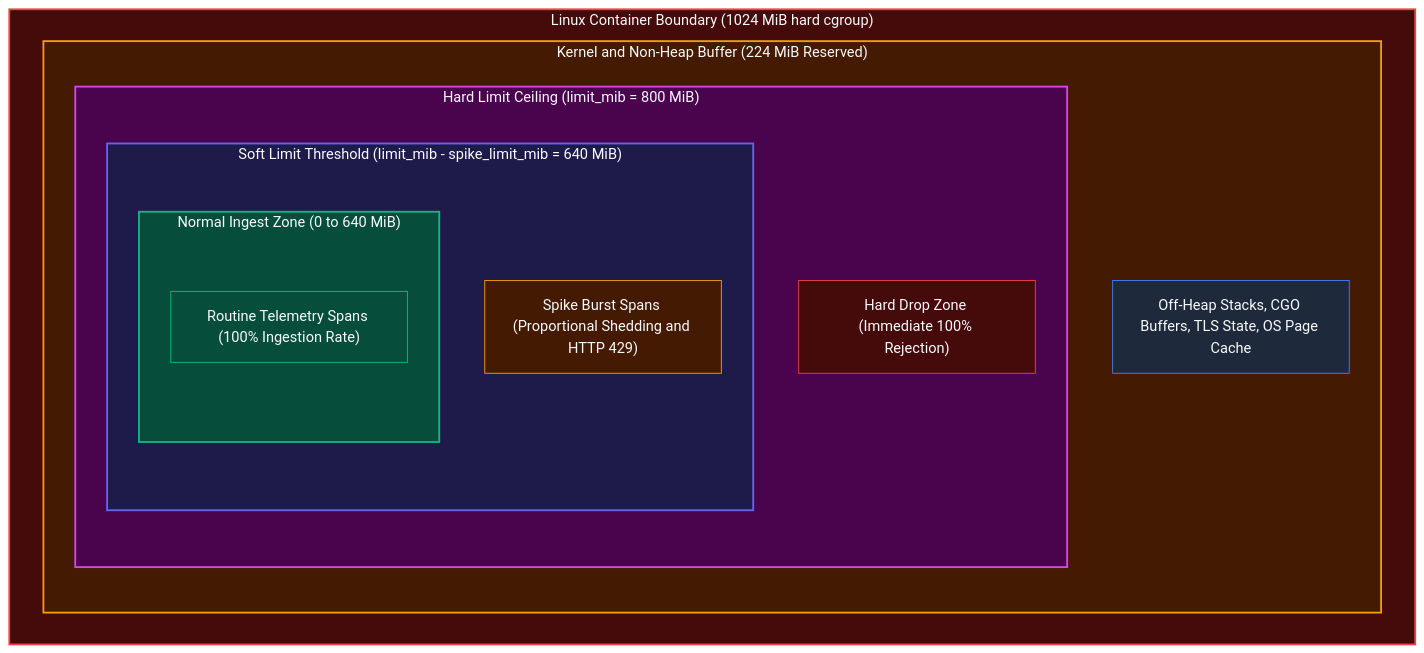
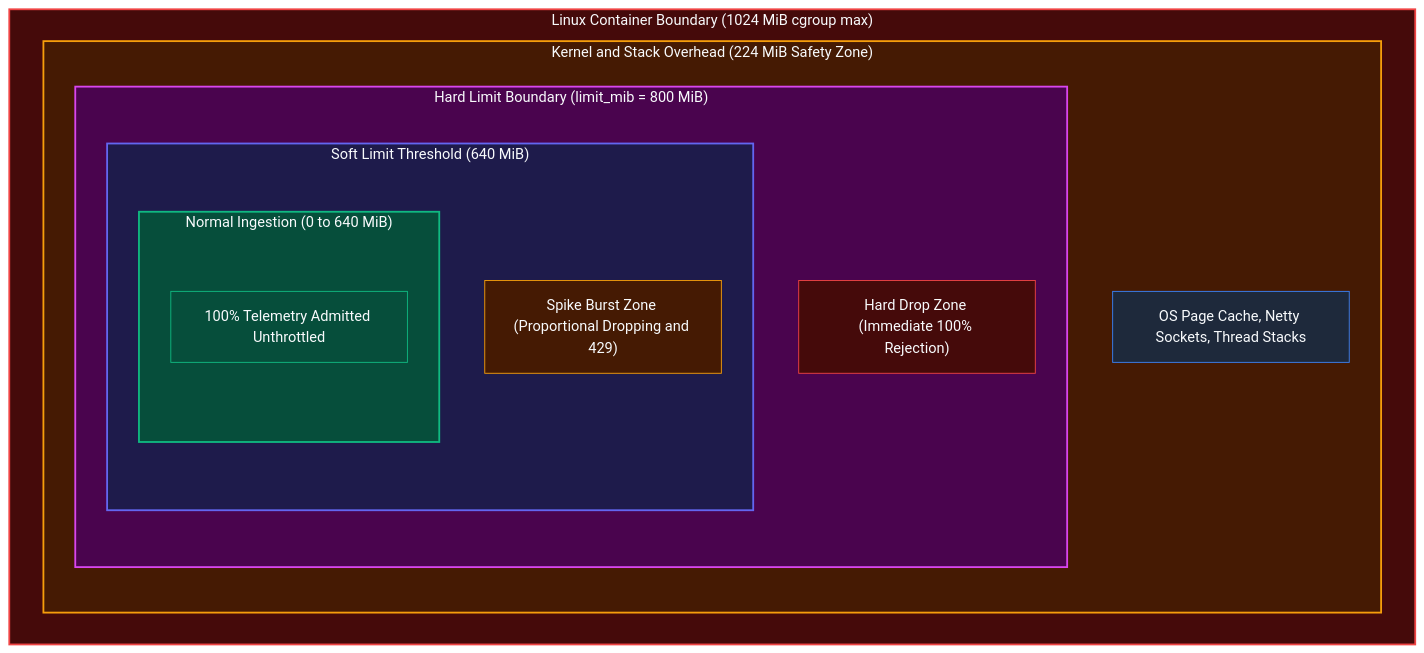
One commit to Chief-Strategist-J/llm-obs-infra changed the fifth of 22 diagrams in docs/configDoc/otel-collector-configuration-guide.md. Above: the diagram before and after it, drawn with Mermaid (forest theme). The commit also changed other lines of this file, not shown here.

````diff
--- a/docs/configDoc/otel-collector-configuration-guide.md
+++ b/docs/configDoc/otel-collector-configuration-guide.md
@@ -587,27 +792,27 @@
 ```mermaid
 graph TD
-    subgraph CGroupCeiling ["Linux Container Boundary (1024 MiB hard cgroup)"]
-        subgraph SafetyMargin ["Kernel and Non-Heap Buffer (224 MiB Reserved)"]
-            subgraph HardLimitZone ["Hard Limit Ceiling (limit_mib = 800 MiB)"]
-                subgraph SoftLimitZone ["Soft Limit Threshold (limit_mib - spike_limit_mib = 640 MiB)"]
-                    subgraph NormalZone ["Normal Ingest Zone (0 to 640 MiB)"]
-                        SpansNormal["Routine Telemetry Spans (100% Ingestion Rate)"]
+    subgraph ContainerCeiling ["Linux Container Boundary (1024 MiB cgroup max)"]
+        subgraph OSBuffer ["Kernel and Stack Overhead (224 MiB Safety Zone)"]
+            subgraph HardLimitZone ["Hard Limit Boundary (limit_mib = 800 MiB)"]
+                subgraph SoftLimitZone ["Soft Limit Threshold (640 MiB)"]
+                    subgraph NormalZone ["Normal Ingestion (0 to 640 MiB)"]
+                        SpansPass["100% Telemetry Admitted Unthrottled"]
                     end
-                    SpansSoft["Spike Burst Spans (Proportional Shedding and HTTP 429)"]
+                    SpansSoft["Spike Burst Zone (Proportional Dropping and 429)"]
                 end
                 SpansHard["Hard Drop Zone (Immediate 100% Rejection)"]
             end
-            NonHeapMem["Off-Heap Stacks, CGO Buffers, TLS State, OS Page Cache"]
+            NonHeap["OS Page Cache, Netty Sockets, Thread Stacks"]
         end
     end
 
-    style CGroupCeiling fill:#450a0a,stroke:#ef4444,stroke-width:2px,color:#f8fafc
-    style SafetyMargin fill:#451a03,stroke:#f59e0b,stroke-width:2px,color:#f8fafc
+    style ContainerCeiling fill:#450a0a,stroke:#ef4444,stroke-width:2px,color:#f8fafc
+    style OSBuffer fill:#451a03,stroke:#f59e0b,stroke-width:2px,color:#f8fafc
     style HardLimitZone fill:#4a044e,stroke:#d946ef,stroke-width:2px,color:#f8fafc
     style SoftLimitZone fill:#1e1b4b,stroke:#6366f1,stroke-width:2px,color:#f8fafc
     style NormalZone fill:#064e3b,stroke:#10b981,stroke-width:2px,color:#f8fafc
-    style SpansNormal fill:#064e3b,stroke:#10b981,stroke-width:1px,color:#f8fafc
+    style SpansPass fill:#064e3b,stroke:#10b981,stroke-width:1px,color:#f8fafc
     style SpansSoft fill:#451a03,stroke:#f59e0b,stroke-width:1px,color:#f8fafc
     style SpansHard fill:#450a0a,stroke:#ef4444,stroke-width:1px,color:#f8fafc
-    style NonHeapMem fill:#1e293b,stroke:#3b82f6,stroke-width:1px,color:#f8fafc
+    style NonHeap fill:#1e293b,stroke:#3b82f6,stroke-width:1px,color:#f8fafc
 ```
````
